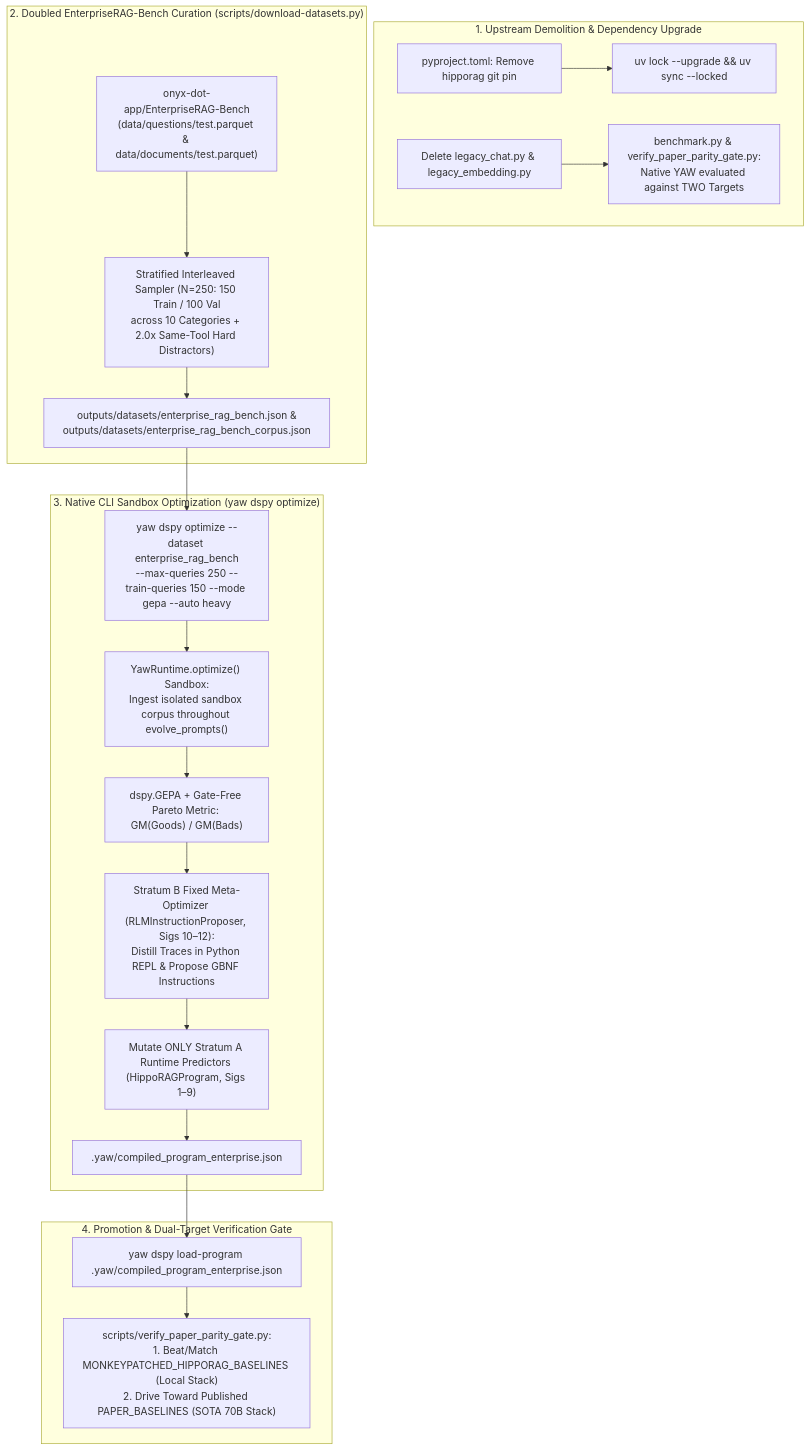
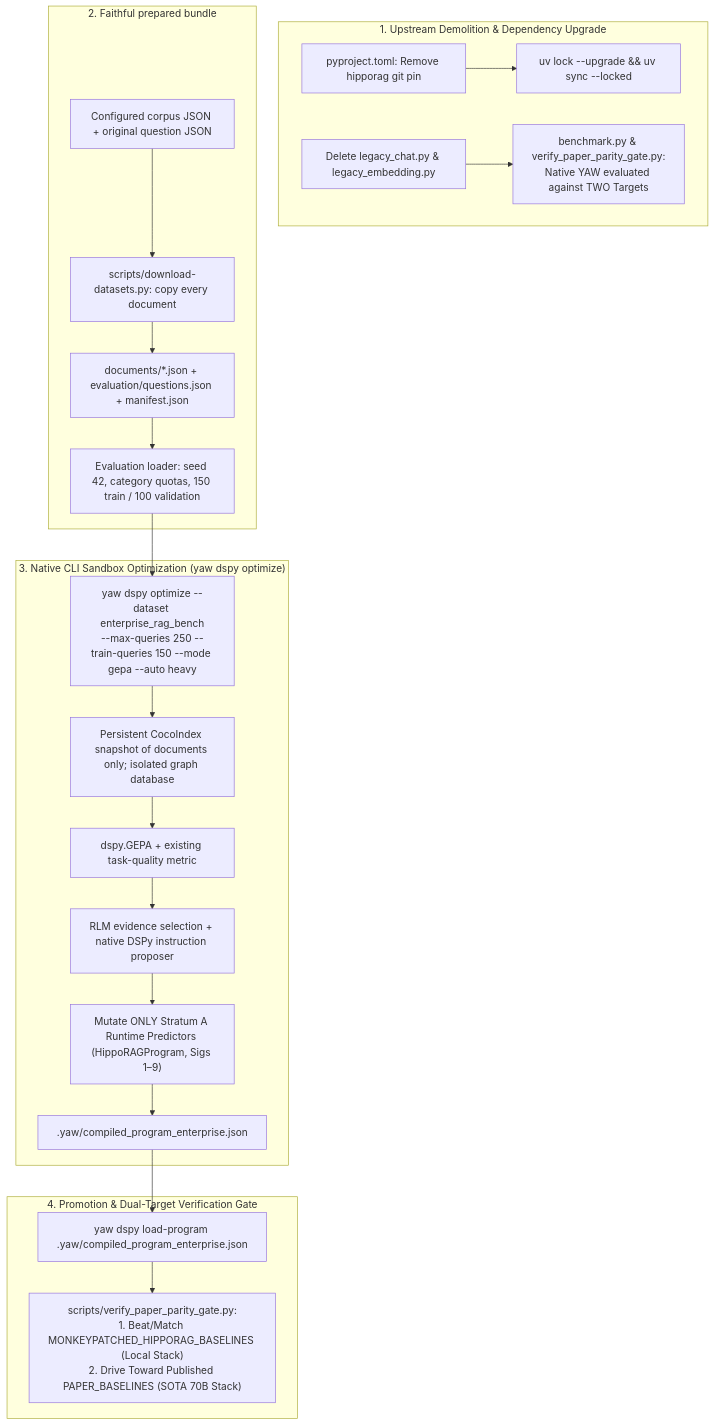
Before and after one commit to negatrait/yaw: the diagram in docs/enterprise-rag-bench-training-plan.md, drawn with Mermaid. The commit also changed other lines of this file and 30 other files, not shown here.

Commit message:
refactor(ingestion): prepare isolated document bundles and persist CocoIndex snapshots

````diff
--- a/docs/enterprise-rag-bench-training-plan.md
+++ b/docs/enterprise-rag-bench-training-plan.md
@@ -34,26 +34,27 @@
 ```mermaid
 flowchart TD
     subgraph Demolition ["1. Upstream Demolition & Dependency Upgrade"]
         PYPROJ["pyproject.toml: Remove hipporag git pin"] --> UVUP["uv lock --upgrade && uv sync --locked"]
         DEL_LEGACY["Delete legacy_chat.py & legacy_embedding.py"] --> NATIVE_BENCH["benchmark.py & verify_paper_parity_gate.py:<br/>Native YAW evaluated against TWO Targets"]
     end
 
-    subgraph DataCuration ["2. Doubled EnterpriseRAG-Bench Curation (scripts/download-datasets.py)"]
-        HF["onyx-dot-app/EnterpriseRAG-Bench<br/>(data/questions/test.parquet & data/documents/test.parquet)"] --> STRAT["Stratified Interleaved Sampler (N=250: 150 Train / 100 Val<br/>across 10 Categories + 2.0x Same-Tool Hard Distractors)"]
-        STRAT --> OUT_DS["outputs/datasets/enterprise_rag_bench.json &<br/>outputs/datasets/enterprise_rag_bench_corpus.json"]
+    subgraph DataCuration ["2. Faithful prepared bundle"]
+        INPUTS["Configured corpus JSON + original question JSON"] --> PREP["scripts/download-datasets.py: copy every document"]
+        PREP --> OUT_DS["documents/*.json + evaluation/questions.json + manifest.json"]
+        OUT_DS --> STRAT["Evaluation loader: seed 42, category quotas, 150 train / 100 validation"]
     end
 
     subgraph NativeCLI ["3. Native CLI Sandbox Optimization (yaw dspy optimize)"]
-        OUT_DS --> CLI_OPT["yaw dspy optimize --dataset enterprise_rag_bench<br/>--max-queries 250 --train-queries 150 --mode gepa --auto heavy"]
-        CLI_OPT --> SANDBOX["YawRuntime.optimize() Sandbox:<br/>Ingest isolated sandbox corpus throughout evolve_prompts()"]
-        SANDBOX --> GEPA["dspy.GEPA + Gate-Free Pareto Metric: GM(Goods) / GM(Bads)"]
-        GEPA --> PROPOSER["Stratum B Fixed Meta-Optimizer (RLMInstructionProposer, Sigs 10–12):<br/>Distill Traces in Python REPL & Propose GBNF Instructions"]
+        STRAT --> CLI_OPT["yaw dspy optimize --dataset enterprise_rag_bench<br/>--max-queries 250 --train-queries 150 --mode gepa --auto heavy"]
+        CLI_OPT --> SANDBOX["Persistent CocoIndex snapshot of documents only; isolated graph database"]
+        SANDBOX --> GEPA["dspy.GEPA + existing task-quality metric"]
+        GEPA --> PROPOSER["RLM evidence selection + native DSPy instruction proposer"]
         PROPOSER --> TARGETS["Mutate ONLY Stratum A Runtime Predictors (HippoRAGProgram, Sigs 1–9)"]
         TARGETS --> ARTIFACT[".yaw/compiled_program_enterprise.json"]
     end
 
     subgraph DualTargetGate ["4. Promotion & Dual-Target Verification Gate"]
         ARTIFACT --> LOAD["yaw dspy load-program .yaw/compiled_program_enterprise.json"]
         LOAD --> GATE["scripts/verify_paper_parity_gate.py:<br/>1. Beat/Match MONKEYPATCHED_HIPPORAG_BASELINES (Local Stack)<br/>2. Drive Toward Published PAPER_BASELINES (SOTA 70B Stack)"]
     end
 ```
````
